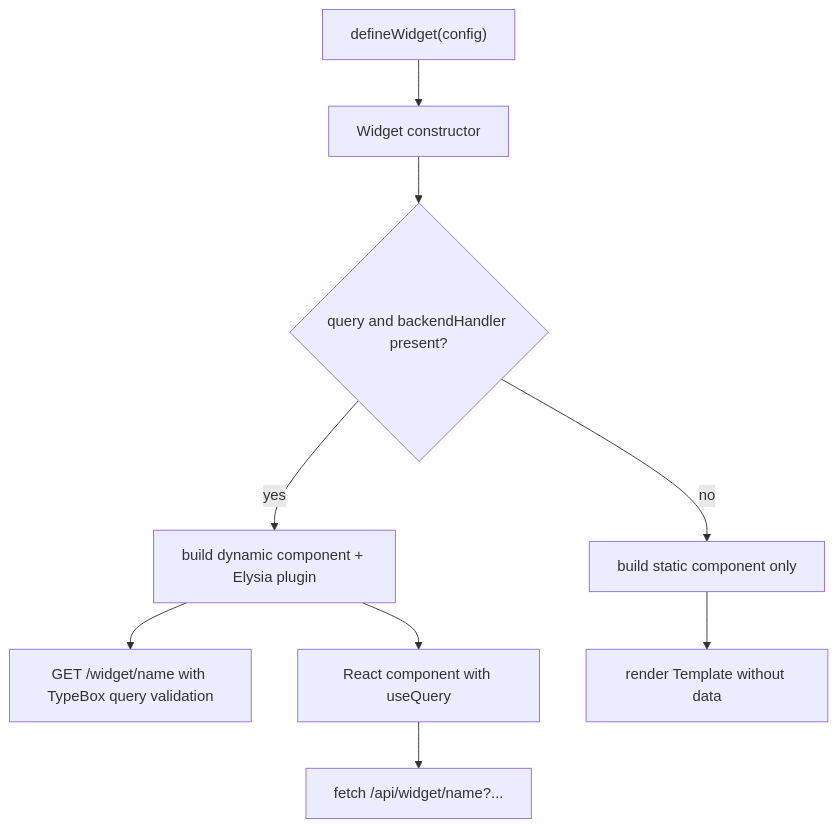
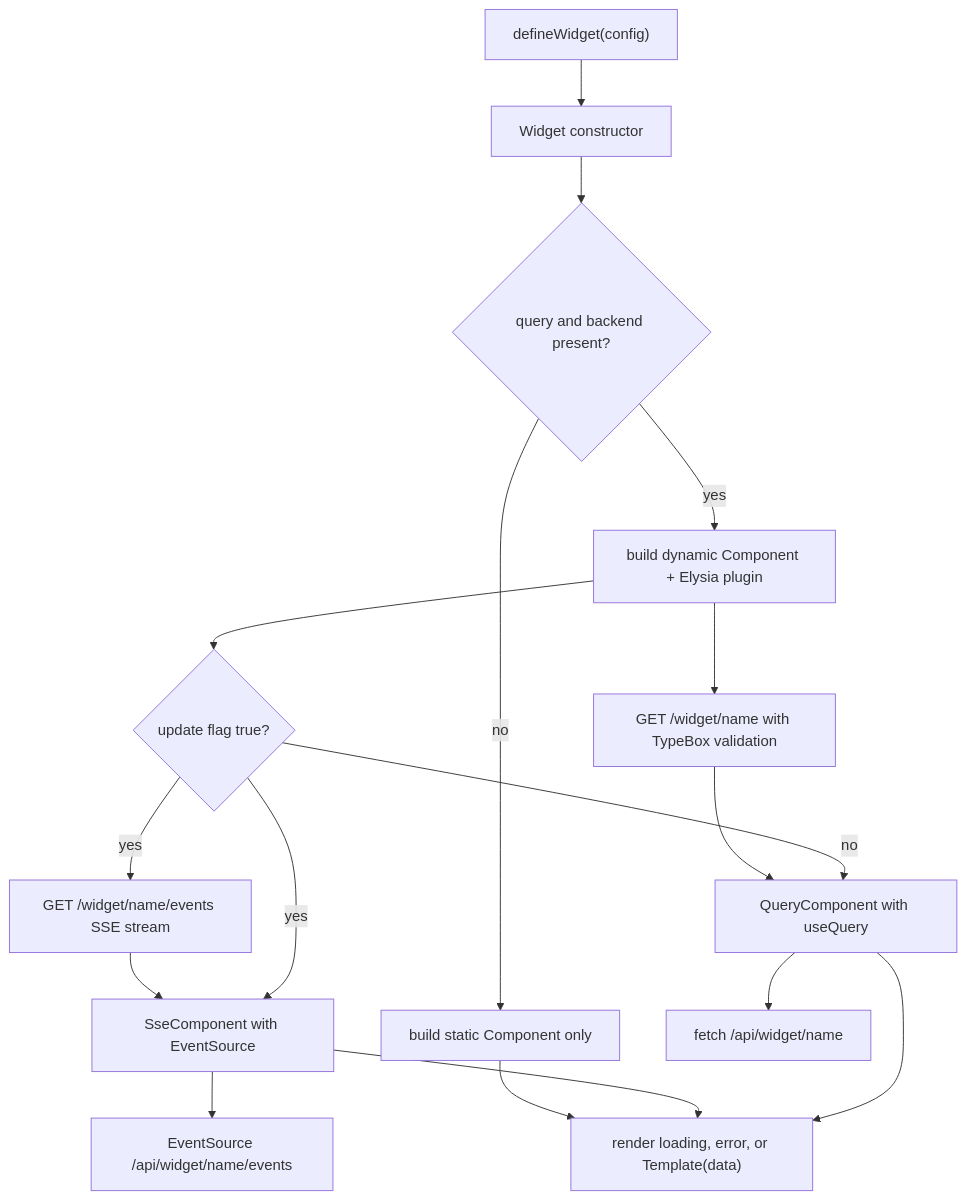
The first of 3 diagrams in openwiki/architecture/widget-framework.md (RobertoFretel/Widget), drawn with Mermaid before and after one commit. The commit also changed other lines of this file and 22 other files, not shown here.

Commit message:
Chiamata SSE se si vuole aggiornare il data nel tempo, aggiungendo il flag update: true

````diff
--- a/openwiki/architecture/widget-framework.md
+++ b/openwiki/architecture/widget-framework.md
@@ -84,21 +80,33 @@
 ```mermaid
 flowchart TD
     Config["defineWidget(config)"]
     Class["Widget constructor"]
-    Check{"query and backendHandler present?"}
-    Dynamic["build dynamic component + Elysia plugin"]
-    Static["build static component only"]
-    Route["GET /widget/name with TypeBox query validation"]
-    Comp["React component with useQuery"]
-    Fetch["fetch /api/widget/name?..."]
-    StaticComp["render Template without data"]
+    CheckDynamic{"query and backend present?"}
+    StaticBuild["build static Component only"]
+    DynamicBuild["build dynamic Component + Elysia plugin"]
+    Route["GET /widget/name with TypeBox validation"]
+    CheckUpdate{"update flag true?"}
+    SseRoute["GET /widget/name/events SSE stream"]
+    QueryComp["QueryComponent with useQuery"]
+    SseComp["SseComponent with EventSource"]
+    Fetch["fetch /api/widget/name"]
+    SseFetch["EventSource /api/widget/name/events"]
+    UI["render loading, error, or Template(data)"]
 
     Config --> Class
-    Class --> Check
-    Check -->|yes| Dynamic
-    Check -->|no| Static
-    Dynamic --> Route
-    Dynamic --> Comp
-    Comp --> Fetch
-    Static --> StaticComp
+    Class --> CheckDynamic
+    CheckDynamic -->|no| StaticBuild
+    CheckDynamic -->|yes| DynamicBuild
+    DynamicBuild --> Route
+    DynamicBuild --> CheckUpdate
+    CheckUpdate -->|yes| SseRoute
+    CheckUpdate -->|yes| SseComp
+    CheckUpdate -->|no| QueryComp
+    Route --> QueryComp
+    SseRoute --> SseComp
+    QueryComp --> Fetch
+    SseComp --> SseFetch
+    QueryComp --> UI
+    SseComp --> UI
+    StaticBuild --> UI
 ```
````
